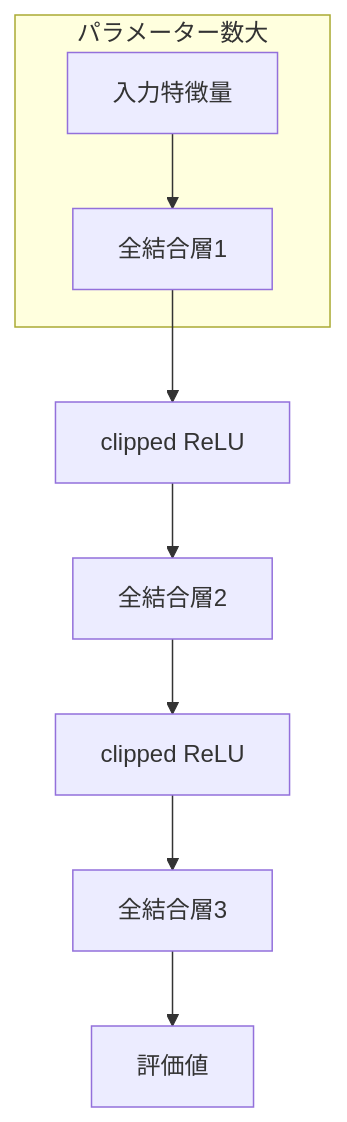
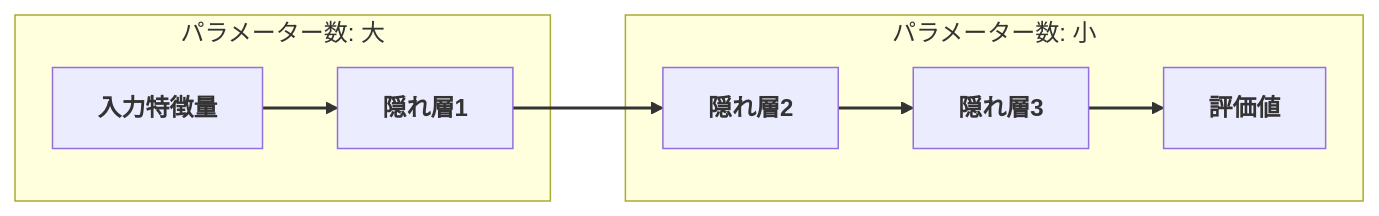
One commit to nodchip/coding-agent-shogi-ai-talk changed the fourth of 4 diagrams in slides.md. Above: the diagram before and after it, drawn with Mermaid. The commit also changed other lines of this file and 1 other file, not shown here.

````diff
--- a/slides.md
+++ b/slides.md
@@ -285,11 +291,15 @@
 ```mermaid
-flowchart TD
-  subgraph パラメーター数大
-    I[入力特徴量] --> H1[全結合層1]
+%%{init: {'flowchart': {'useMaxWidth': true}}}%%
+flowchart LR
+  subgraph "パラメーター数: 大"
+    I[入力特徴量] --> A1[隠れ層1]
   end
-  H1 --> A1[clipped ReLU]
-  A1 --> H2[全結合層2]
-  H2 --> A2[clipped ReLU]
-  A2 --> H3[全結合層3]
-  H3 --> O[評価値]
+  A1 --> A2
+  subgraph "パラメーター数: 小"
+    A2[隠れ層2] --> A3[隠れ層3]
+    A3 --> O[評価値]
+  end
+
+  classDef default font-weight:700;
+  linkStyle default stroke-width:2px;
 ```
````
